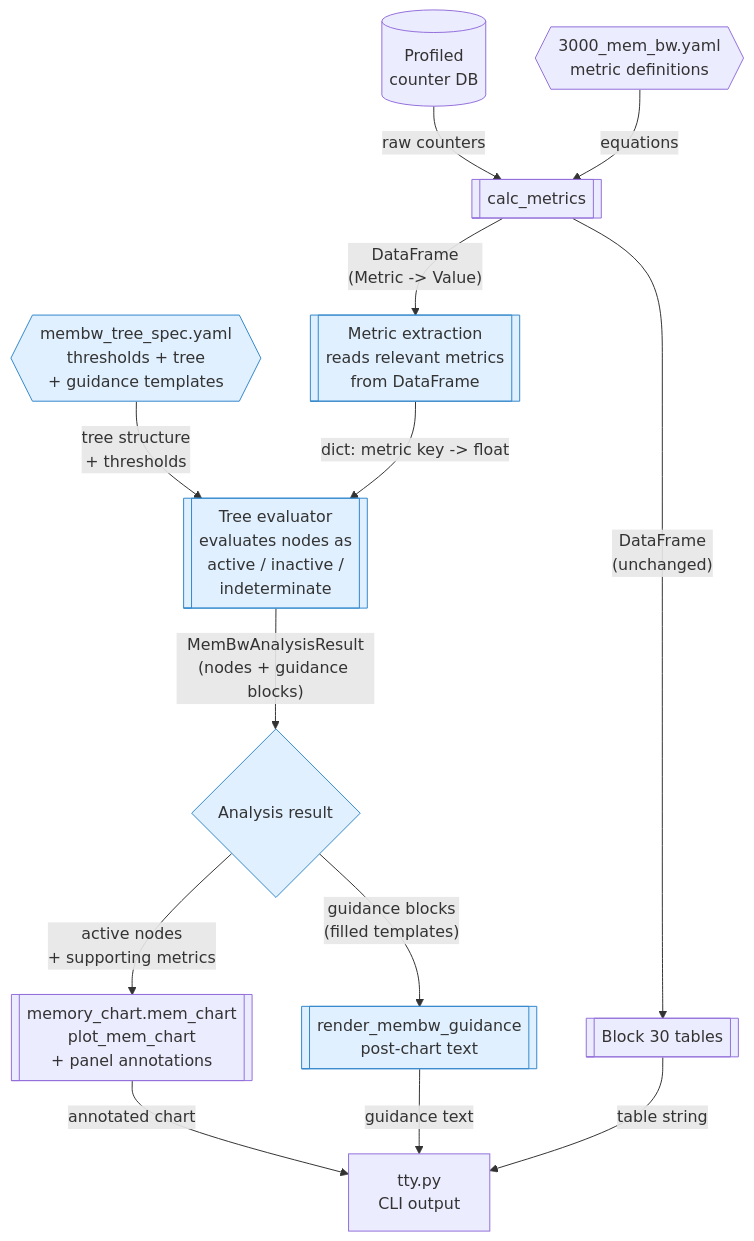
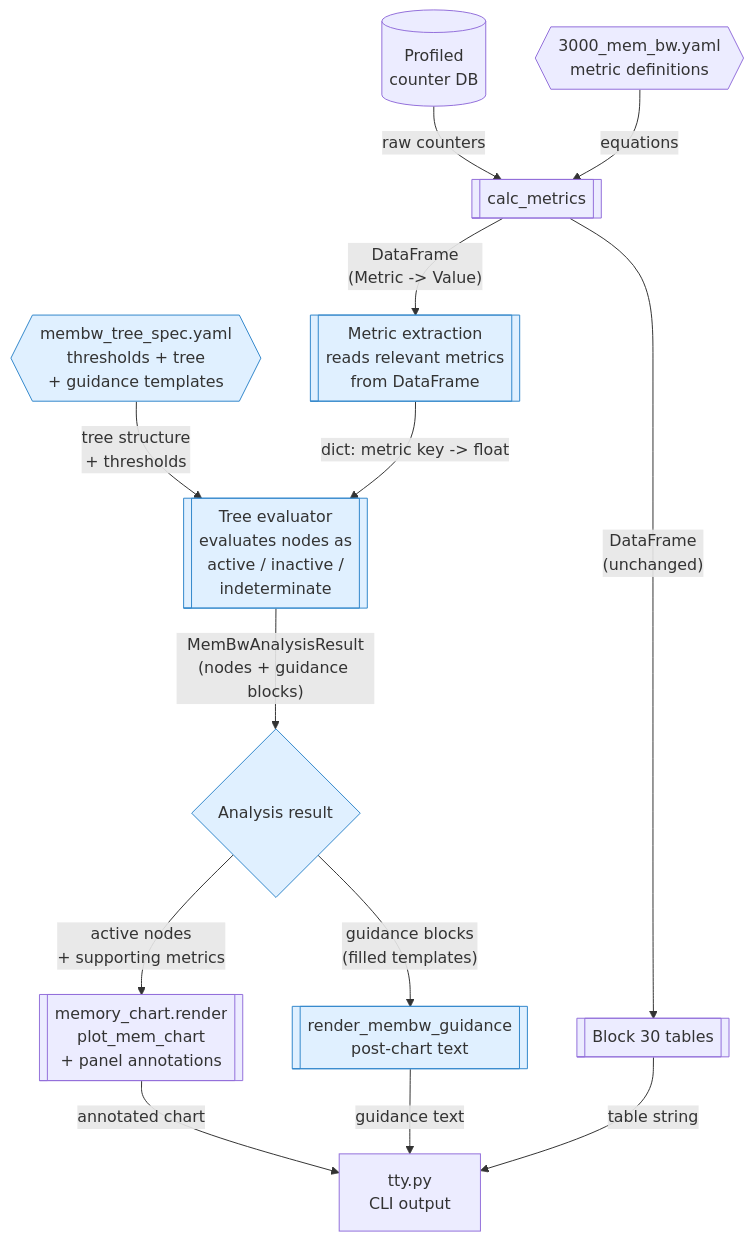
The second of 3 diagrams in projects/rocprofiler-compute/docs/design/hld-membw-guided-analysis-in-memchart.md (ROCm/rocm-systems), drawn with Mermaid before and after one commit. The commit also changed other lines of this file and 8 other files, not shown here.

First line of the commit message:
refactor(rocprofiler-compute): rename mem_chart.py to render.py

````diff
--- a/projects/rocprofiler-compute/docs/design/hld-membw-guided-analysis-in-memchart.md
+++ b/projects/rocprofiler-compute/docs/design/hld-membw-guided-analysis-in-memchart.md
@@ -225,29 +225,29 @@
 ```mermaid
 flowchart TD
     DB[(Profiled<br/>counter DB)]
     B30{{3000_mem_bw.yaml<br/>metric definitions}}
     TS{{membw_tree_spec.yaml<br/>thresholds + tree<br/>+ guidance templates}}
 
     DB -- raw counters --> CALC[[calc_metrics]]
     B30 -- equations --> CALC
 
     CALC -- "DataFrame<br/>(Metric -> Value)" --> ME[[Metric extraction<br/>reads relevant metrics<br/>from DataFrame]]
     TS -- tree structure<br/>+ thresholds --> ENG[[Tree evaluator<br/>evaluates nodes as<br/>active / inactive /<br/>indeterminate]]
     ME -- "dict: metric key -> float" --> ENG
 
     ENG -- "MemBwAnalysisResult<br/>(nodes + guidance blocks)" --> AR{Analysis result}
 
-    AR -- "active nodes<br/>+ supporting metrics" --> MC[[memory_chart.mem_chart<br/>plot_mem_chart<br/>+ panel annotations]]
+    AR -- "active nodes<br/>+ supporting metrics" --> MC[[memory_chart.render<br/>plot_mem_chart<br/>+ panel annotations]]
     AR -- "guidance blocks<br/>(filled templates)" --> GR[[render_membw_guidance<br/>post-chart text]]
     CALC -- "DataFrame<br/>(unchanged)" --> B30T[[Block 30 tables]]
 
     MC -- annotated chart --> TTY[tty.py<br/>CLI output]
     GR -- guidance text --> TTY
     B30T -- table string --> TTY
 
     style TS fill:#e0f0ff,stroke:#3388cc
     style ME fill:#e0f0ff,stroke:#3388cc
     style ENG fill:#e0f0ff,stroke:#3388cc
     style AR fill:#e0f0ff,stroke:#3388cc
     style GR fill:#e0f0ff,stroke:#3388cc
 ```
````
